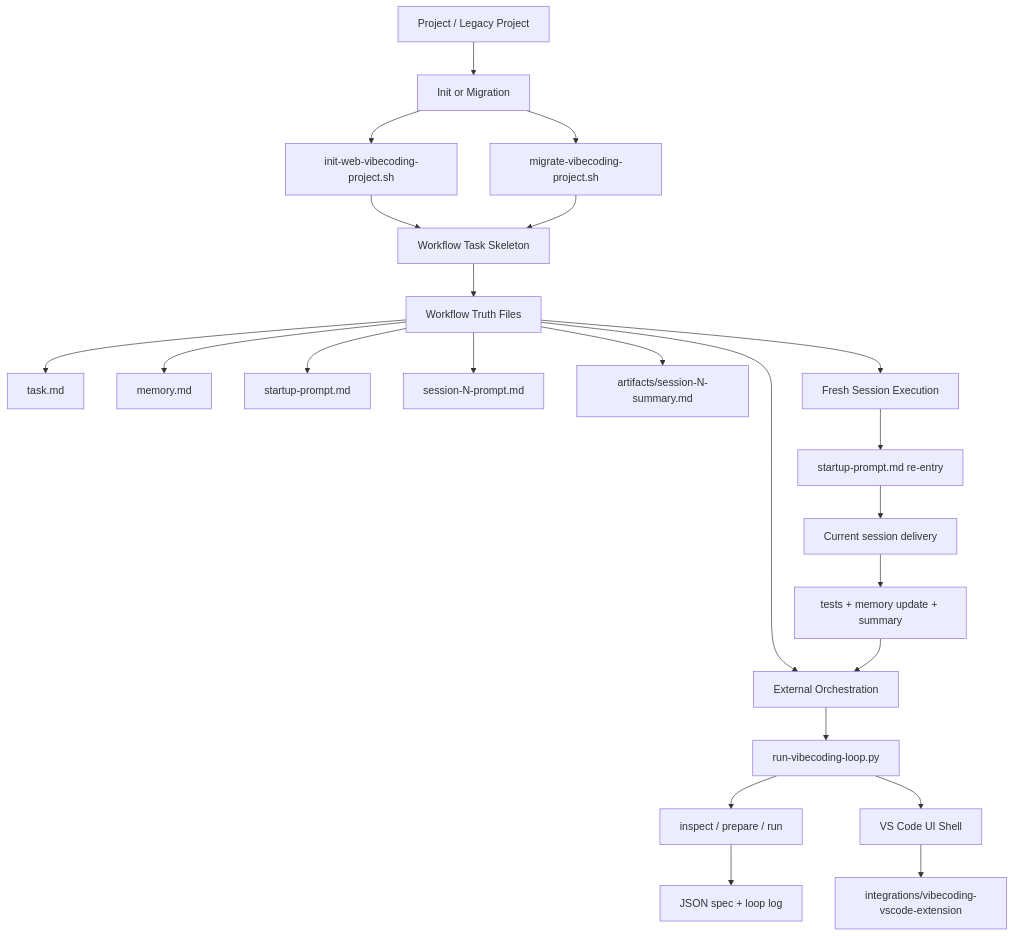
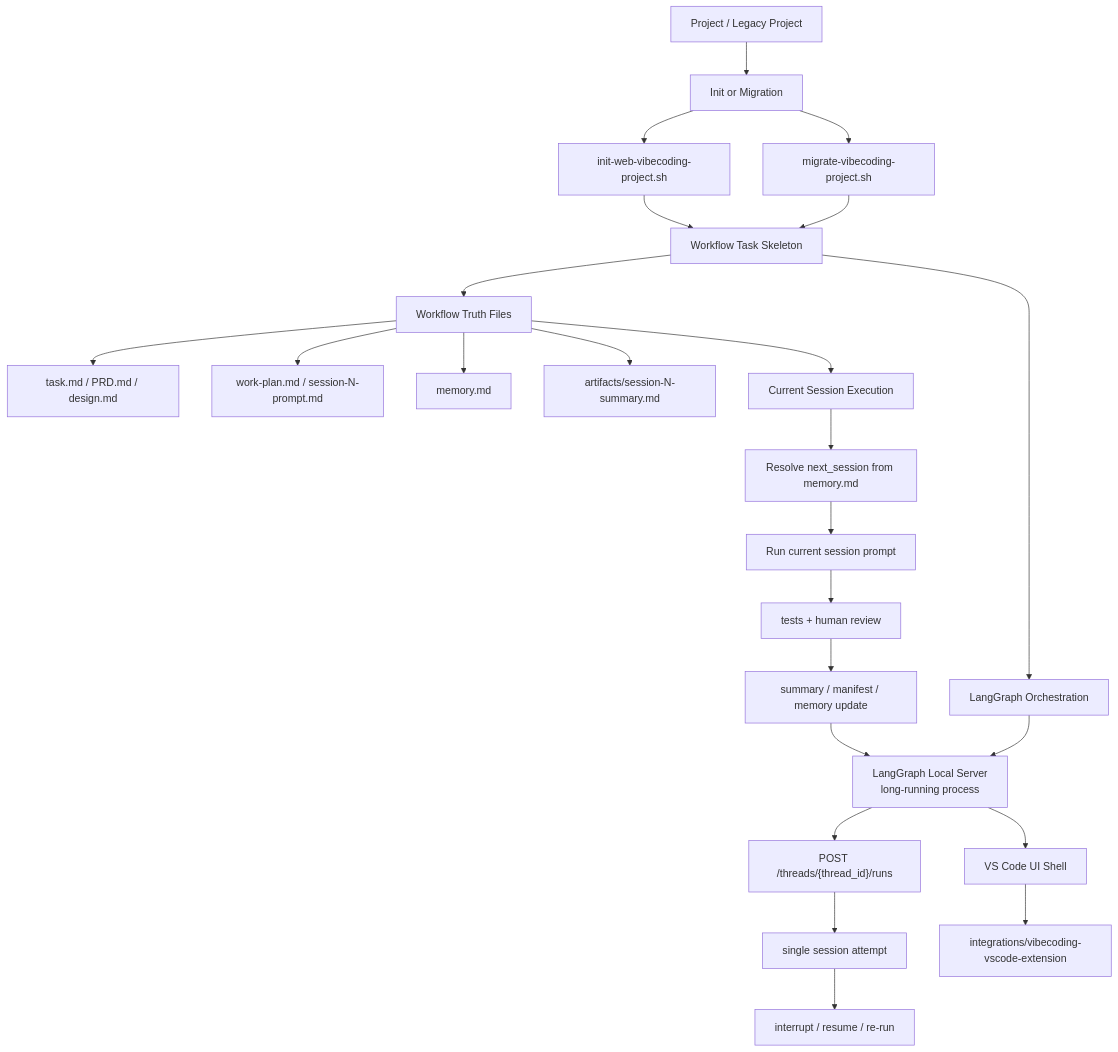
One commit to qi9zg202-source/vibecodingworkflow changed the diagram in README.md. Above: the diagram before and after it, drawn with Mermaid. The commit also changed other lines of this file and 209 other files, not shown here.

````diff
--- a/README.md
+++ b/README.md
@@ -36,30 +108,31 @@
 ```mermaid
 flowchart TB
     A["Project / Legacy Project"] --> B["Init or Migration"]
     B --> B1["init-web-vibecoding-project.sh"]
     B --> B2["migrate-vibecoding-project.sh"]
 
     B1 --> C["Workflow Task Skeleton"]
     B2 --> C
 
     C --> D["Workflow Truth Files"]
-    D --> D1["task.md"]
-    D --> D2["memory.md"]
-    D --> D3["startup-prompt.md"]
-    D --> D4["session-N-prompt.md"]
-    D --> D5["artifacts/session-N-summary.md"]
+    D --> D1["task.md / PRD.md / design.md"]
+    D --> D2["work-plan.md / session-N-prompt.md"]
+    D --> D3["memory.md"]
+    D --> D4["artifacts/session-N-summary.md"]
 
-    D --> E["External Orchestration"]
-    E --> E1["run-vibecoding-loop.py"]
-    E1 --> E2["inspect / prepare / run"]
-    E2 --> F["JSON spec + loop log"]
+    C --> E["LangGraph Orchestration"]
+    E --> E1["LangGraph Local Server\nlong-running process"]
+    E1 --> E2["POST /threads/{thread_id}/runs"]
+    E2 --> E3["single session attempt"]
+    E3 --> E4["interrupt / resume / re-run"]
 
-    D --> G["Fresh Session Execution"]
-    G --> G1["startup-prompt.md re-entry"]
-    G1 --> G2["Current session delivery"]
-    G2 --> G3["tests + memory update + summary"]
-    G3 --> E
+    D --> F["Current Session Execution"]
+    F --> F1["Resolve next_session from memory.md"]
+    F1 --> F2["Run current session prompt"]
+    F2 --> F3["tests + human review"]
+    F3 --> F4["summary / manifest / memory update"]
+    F4 --> E1
 
-    E1 --> H["VS Code UI Shell"]
-    H --> H1["integrations/vibecoding-vscode-extension"]
+    E1 --> G["VS Code UI Shell"]
+    G --> G1["integrations/vibecoding-vscode-extension"]
 ```
````
